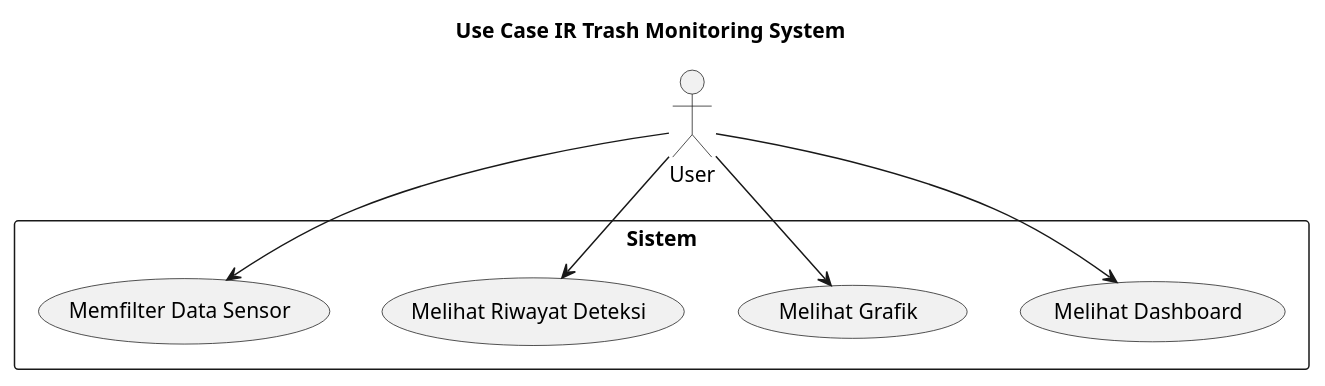
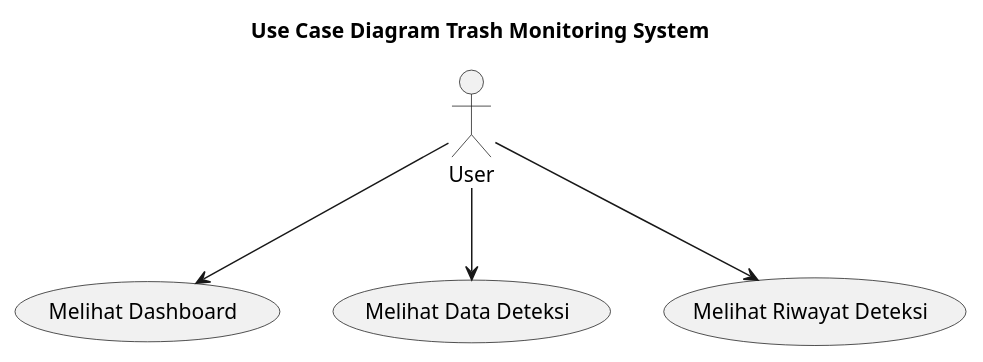
One commit to C-PPAW-TI503P-2025/PROJECT_KELOMPOK-2_INFRARED changed the diagram in diagram/usecase.puml. Above: the diagram before and after it, drawn with PlantUML. The commit also changed 5 other files, not shown here.

Commit message:
Revisi dan penyesuaian seluruh diagram UML sesuai implementasi backend SQLite

```diff
--- a/diagram/usecase.puml
+++ b/diagram/usecase.puml
@@ -1,14 +1,10 @@
-@startuml UseCase_IR_Trash
-
-title Use Case IR Trash Monitoring System
+@startuml
+title Use Case Diagram Trash Monitoring System
 
 actor User
 
-rectangle Sistem {
-  User --> (Melihat Dashboard)
-  User --> (Melihat Grafik)
-  User --> (Melihat Riwayat Deteksi)
-  User --> (Memfilter Data Sensor)
-}
+User --> (Melihat Dashboard)
+User --> (Melihat Data Deteksi)
+User --> (Melihat Riwayat Deteksi)
 
 @enduml
```
